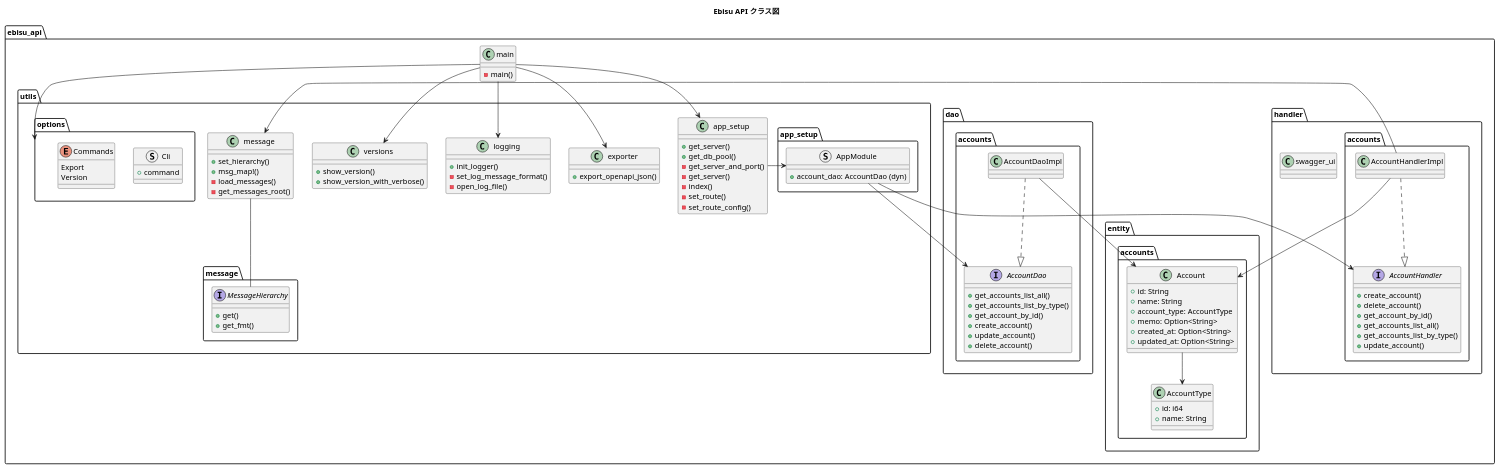
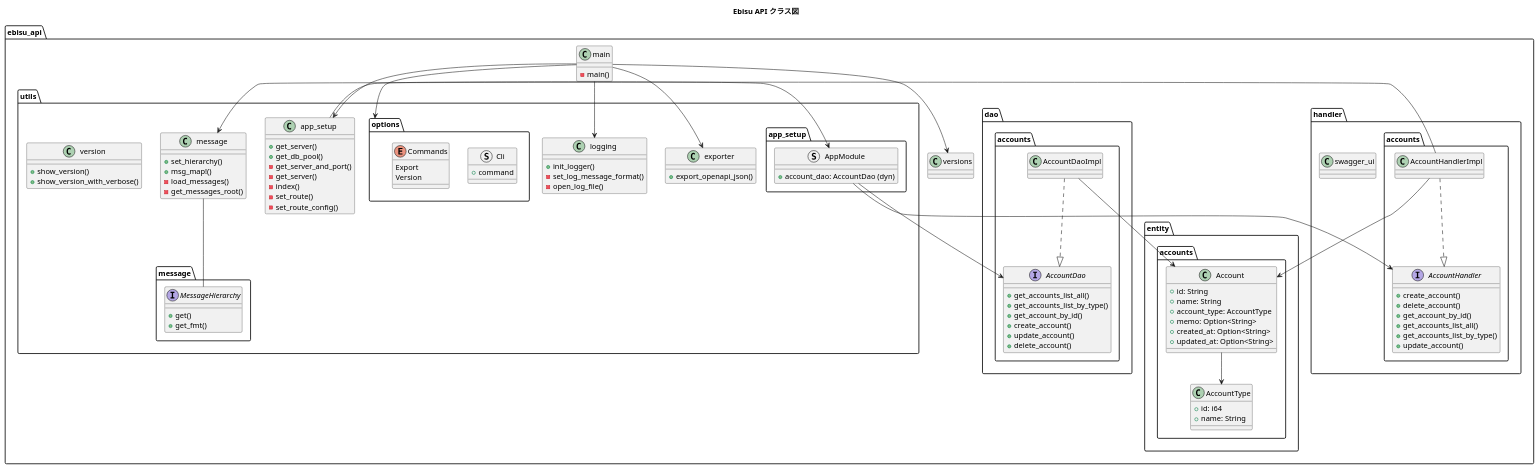
One commit to kawikita/ebisu-mm changed the diagram in docs/design/classes.md. Above: the diagram before and after it, drawn with PlantUML. The commit also changed other lines of this file and 15 other files, not shown here.

```diff
--- a/docs/design/classes.md
+++ b/docs/design/classes.md
@@ -107,7 +107,7 @@
         Version
       }
     }
-    class versions {
+    class version {
       +show_version()
       +show_version_with_verbose()
     }
```
